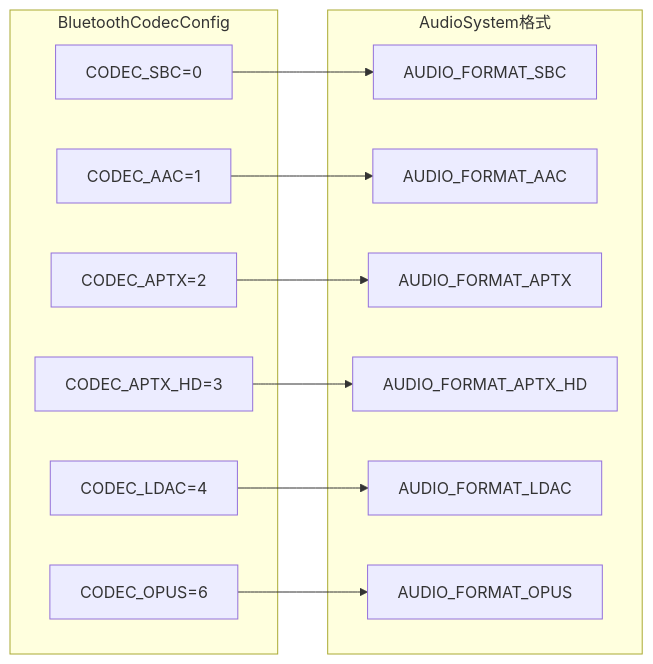
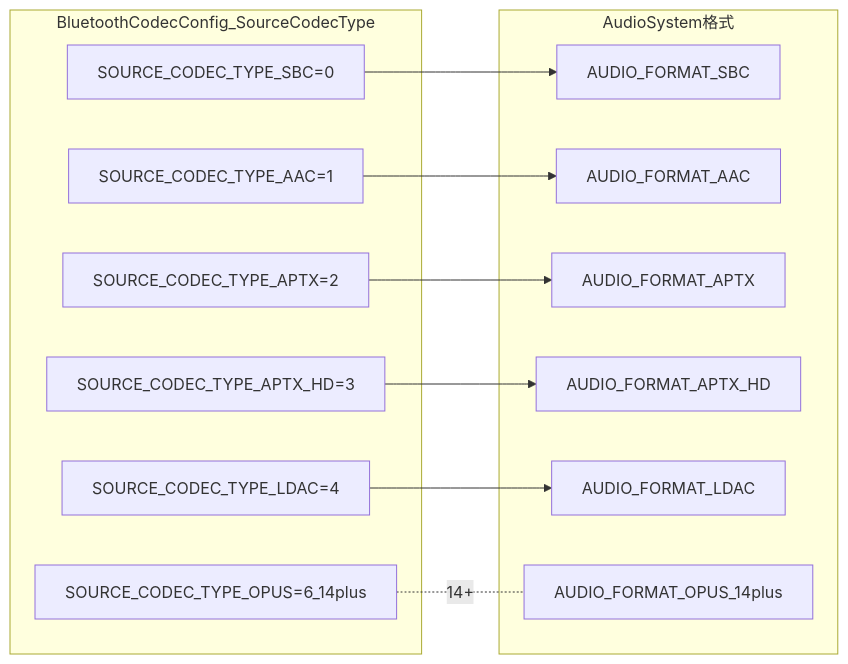
The fourth of 5 diagrams in 14_Bluetooth_Audio/14_14.1_蓝牙音频协议总览.md (yanglinzhen1022/SA8295_AAOS_QNX_Audio_KnowledgeBase), drawn with Mermaid before and after one commit. The commit also changed other lines of this file and 10 other files, not shown here.

````diff
--- a/14_Bluetooth_Audio/14_14.1_蓝牙音频协议总览.md
+++ b/14_Bluetooth_Audio/14_14.1_蓝牙音频协议总览.md
@@ -190,27 +190,27 @@
 ```mermaid
 flowchart LR
-    subgraph BluetoothCodecConfig
-        SBC[CODEC_SBC=0]
-        AAC[CODEC_AAC=1]
-        APTX[CODEC_APTX=2]
-        APTX_HD[CODEC_APTX_HD=3]
-        LDAC[CODEC_LDAC=4]
-        OPUS[CODEC_OPUS=6]
+    subgraph BluetoothCodecConfig_SourceCodecType
+        SBC[SOURCE_CODEC_TYPE_SBC=0]
+        AAC[SOURCE_CODEC_TYPE_AAC=1]
+        APTX[SOURCE_CODEC_TYPE_APTX=2]
+        APTX_HD[SOURCE_CODEC_TYPE_APTX_HD=3]
+        LDAC[SOURCE_CODEC_TYPE_LDAC=4]
+        OPUS[SOURCE_CODEC_TYPE_OPUS=6_14plus]
     end
 
     subgraph AudioSystem格式
         AS_SBC[AUDIO_FORMAT_SBC]
         AS_AAC[AUDIO_FORMAT_AAC]
         AS_APTX[AUDIO_FORMAT_APTX]
         AS_APTX_HD[AUDIO_FORMAT_APTX_HD]
         AS_LDAC[AUDIO_FORMAT_LDAC]
-        AS_OPUS[AUDIO_FORMAT_OPUS]
+        AS_OPUS[AUDIO_FORMAT_OPUS_14plus]
     end
 
     SBC --> AS_SBC
     AAC --> AS_AAC
     APTX --> AS_APTX
     APTX_HD --> AS_APTX_HD
     LDAC --> AS_LDAC
-    OPUS --> AS_OPUS
+    OPUS -.14+.- AS_OPUS
 ```
````
